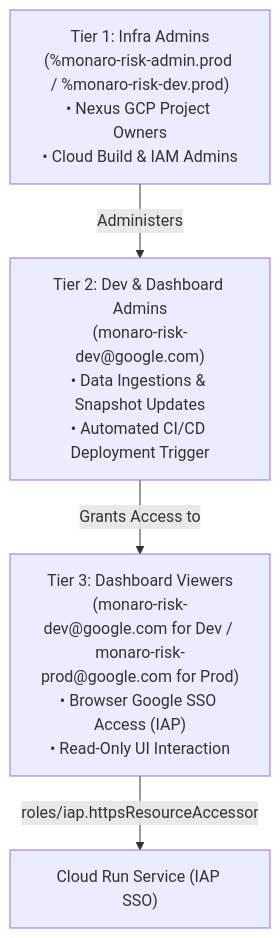
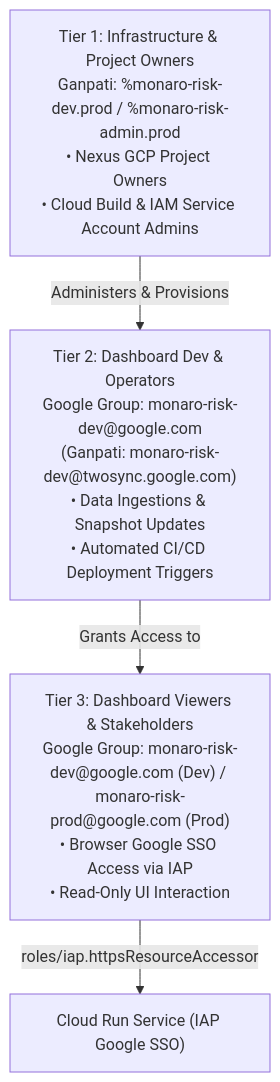
The diagram in Resume.md (brendanhills/uk-bh-project-dash), drawn with Mermaid before and after one commit. The commit also changed other lines of this file, not shown here.

Commit message:
docs(resume): update quick-start checklist, IAP links, access hierarchy, and developer workflows in Resume.md

````diff
--- a/Resume.md
+++ b/Resume.md
@@ -43,21 +71,22 @@
 ```mermaid
 graph TD
-    Tier1["Tier 1: Infra Admins
-(%monaro-risk-admin.prod / %monaro-risk-dev.prod)
+    Tier1["Tier 1: Infrastructure & Project Owners
+Ganpati: %monaro-risk-dev.prod / %monaro-risk-admin.prod
 • Nexus GCP Project Owners
-• Cloud Build & IAM Admins"]
+• Cloud Build & IAM Service Account Admins"]
     
-    Tier2["Tier 2: Dev & Dashboard Admins
-(monaro-risk-dev@google.com)
+    Tier2["Tier 2: Dashboard Dev & Operators
+Google Group: monaro-risk-dev@google.com
+(Ganpati: monaro-risk-dev@twosync.google.com)
 • Data Ingestions & Snapshot Updates
-• Automated CI/CD Deployment Trigger"]
+• Automated CI/CD Deployment Triggers"]
     
-    Tier3["Tier 3: Dashboard Viewers
-(monaro-risk-dev@google.com for Dev / monaro-risk-prod@google.com for Prod)
-• Browser Google SSO Access (IAP)
+    Tier3["Tier 3: Dashboard Viewers & Stakeholders
+Google Group: monaro-risk-dev@google.com (Dev) / monaro-risk-prod@google.com (Prod)
+• Browser Google SSO Access via IAP
 • Read-Only UI Interaction"]
 
-    Tier1 -->|Administers| Tier2
+    Tier1 -->|Administers & Provisions| Tier2
     Tier2 -->|Grants Access to| Tier3
-    Tier3 -->|roles/iap.httpsResourceAccessor| CloudRun["Cloud Run Service (IAP SSO)"]
+    Tier3 -->|roles/iap.httpsResourceAccessor| CloudRun["Cloud Run Service (IAP Google SSO)"]
 ```
````
